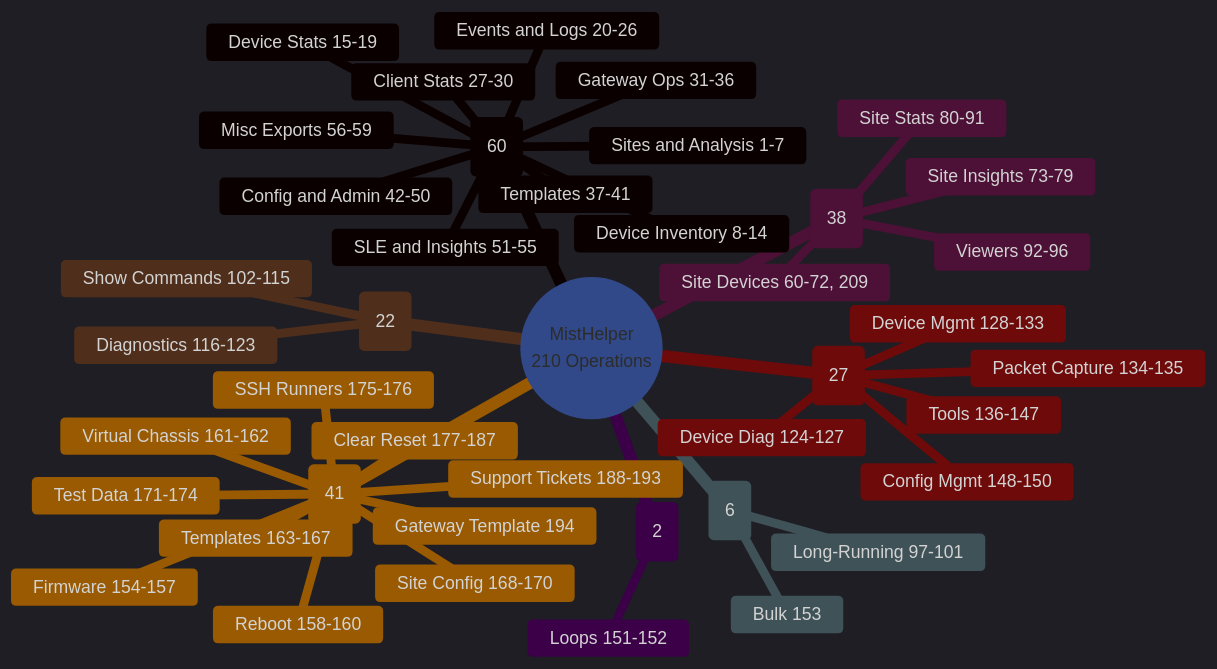
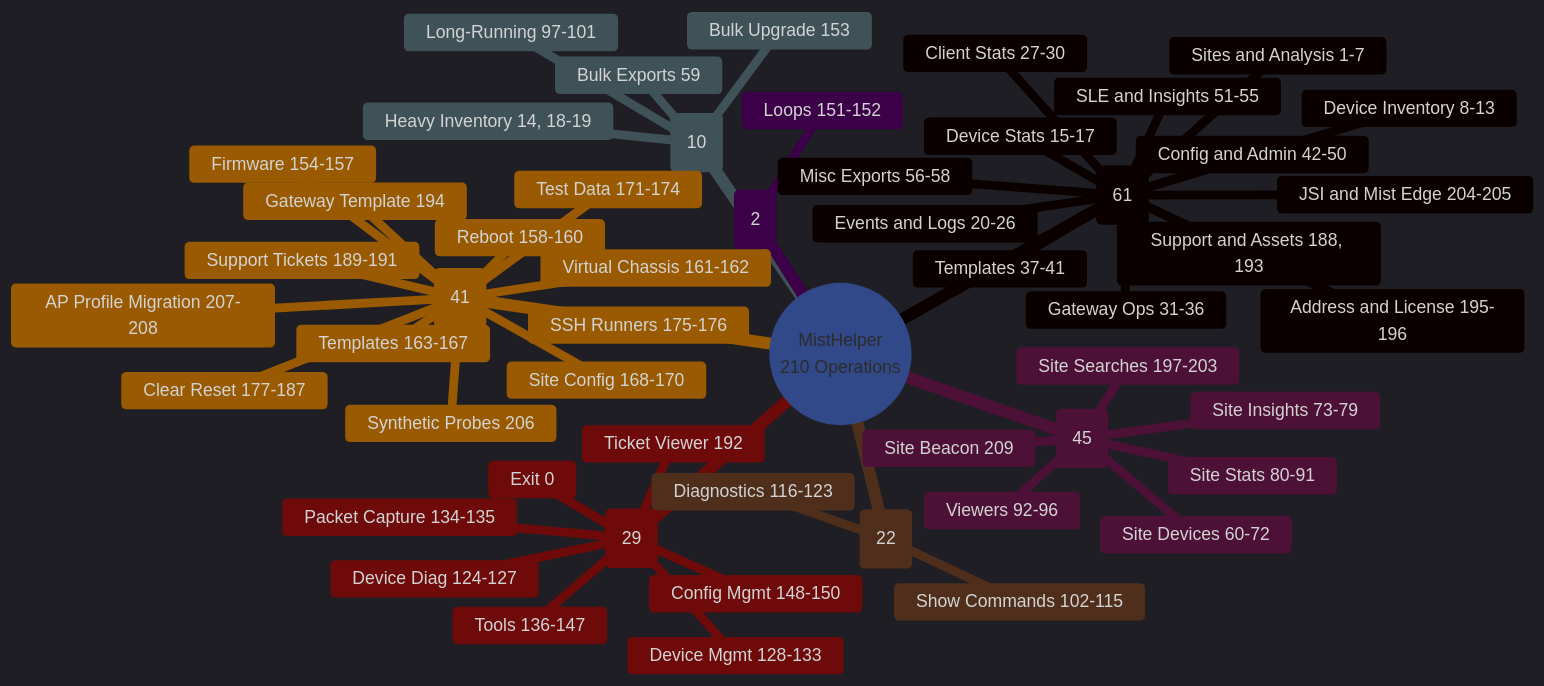
Before and after one commit to jmorrison-juniper/MistHelper: the second of 2 diagrams in README.md, drawn with Mermaid. The commit also changed other lines of this file and 8 other files, not shown here.

````diff
--- a/README.md
+++ b/README.md
@@ -96,55 +114,66 @@
 ```mermaid
 %%{init: {'theme': 'dark', 'themeVariables': {
   'primaryColor': '#E20074',
   'primaryTextColor': '#E0E0E0',
   'primaryBorderColor': '#99004D',
   'lineColor': '#FF4DA6',
   'secondaryColor': '#16213E',
   'tertiaryColor': '#1A1A2E',
   'fontFamily': 'ui-monospace, monospace'
 }}}%%
 mindmap
    root((MistHelper<br/>210 Operations))
-    Safe Org Exports (60)
+    Safe Org Exports (61)
       Sites and Analysis 1-7
-      Device Inventory 8-14
-      Device Stats 15-19
+      Device Inventory 8-13
+      Device Stats 15-17
       Events and Logs 20-26
       Client Stats 27-30
       Gateway Ops 31-36
       Templates 37-41
       Config and Admin 42-50
       SLE and Insights 51-55
-      Misc Exports 56-59
-    Interactive Safe (38)
-      Site Devices 60-72, 209
+      Misc Exports 56-58
+      Support and Assets 188, 193
+      Address and License 195-196
+      JSI and Mist Edge 204-205
+    Interactive Safe (45)
+      Site Devices 60-72
       Site Insights 73-79
       Site Stats 80-91
       Viewers 92-96
-    Resource Intensive (6)
+      Site Searches 197-203
+      Site Beacon 209
+    Resource Intensive (10)
+      Heavy Inventory 14, 18-19
+      Bulk Exports 59
       Long-Running 97-101
-      Bulk 153
+      Bulk Upgrade 153
     WebSocket (22)
       Show Commands 102-115
       Diagnostics 116-123
-    Interactive (27)
+    Interactive (29)
+      Exit 0
       Device Diag 124-127
       Device Mgmt 128-133
       Packet Capture 134-135
       Tools 136-147
       Config Mgmt 148-150
+      Ticket Viewer 192
     Continuous (2)
       Loops 151-152
     Destructive (41)
       ::icon(fa fa-warning)
       Firmware 154-157
       Reboot 158-160
       Virtual Chassis 161-162
       Templates 163-167
       Site Config 168-170
       Test Data 171-174
       SSH Runners 175-176
       Clear Reset 177-187
-      Support Tickets 188-193
+      Support Tickets 189-191
       Gateway Template 194
+      Synthetic Probes 206
+      AP Profile Migration 207-208
 ```
````
